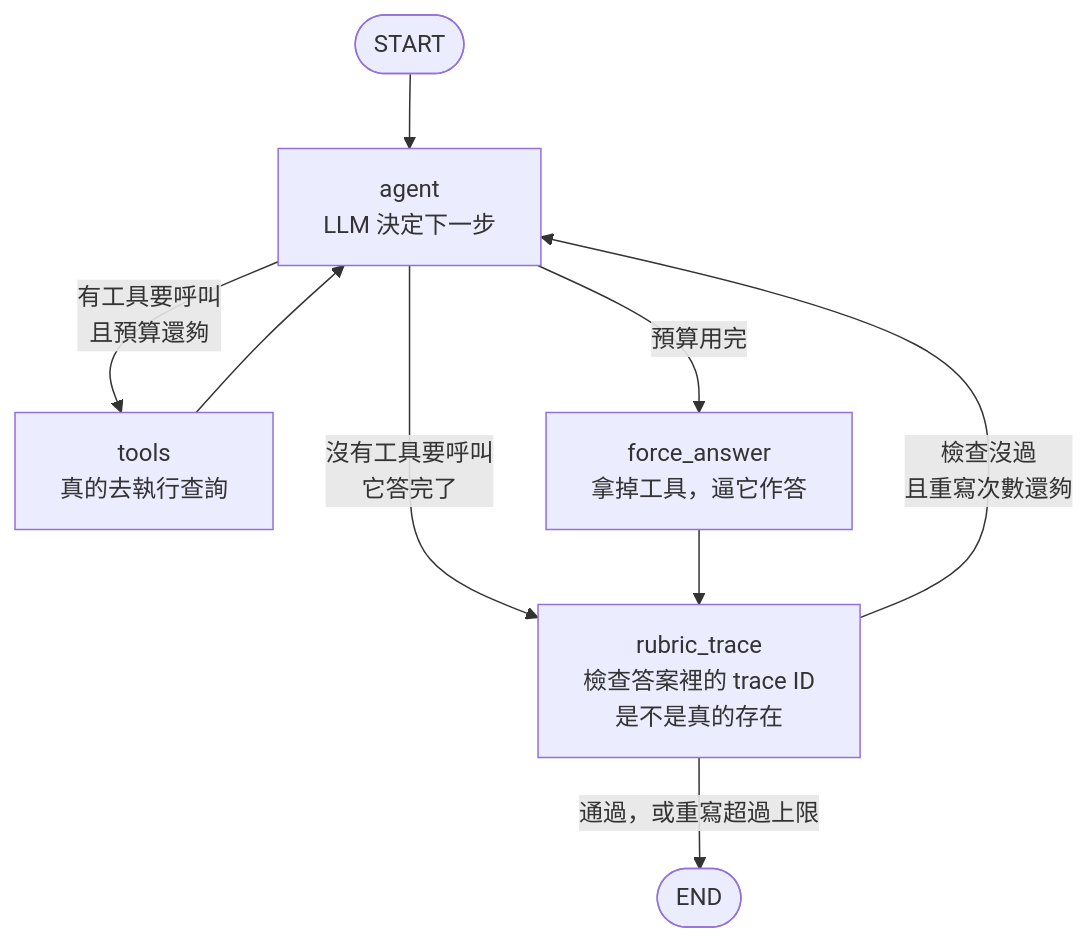
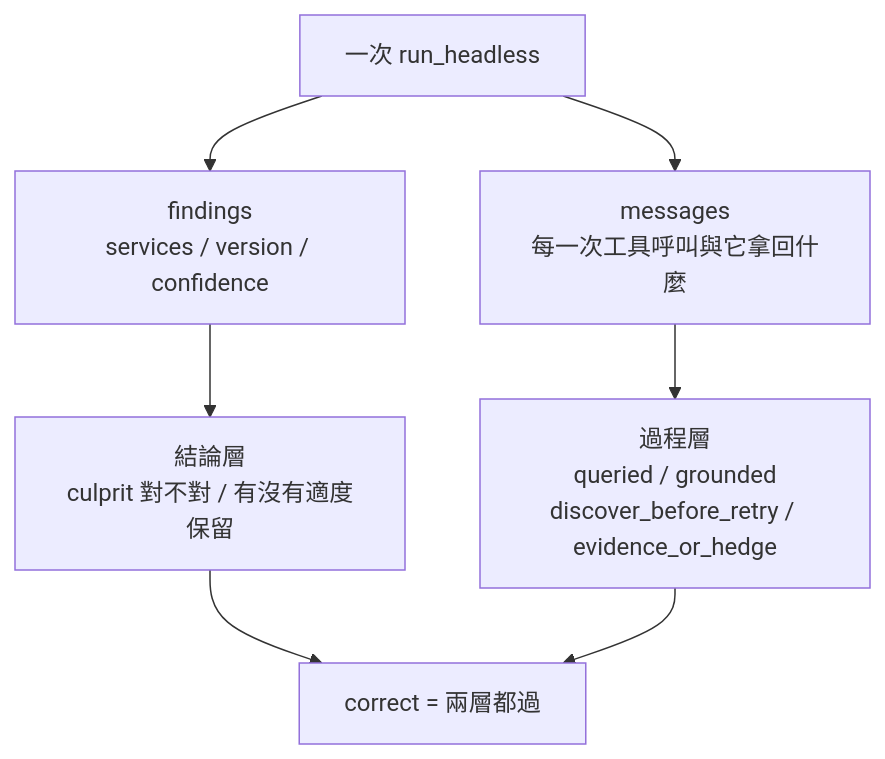
One commit to tedmax100/o11y-bench changed the second of 3 diagrams in weaver-demo/ironman-2026/day22.md. Above: the diagram before and after it, drawn with Mermaid. The commit also changed other lines of this file and 29 other files, not shown here.

````diff
--- a/weaver-demo/ironman-2026/day22.md
+++ b/weaver-demo/ironman-2026/day22.md
@@ -129,11 +156,9 @@
 ```mermaid
 flowchart TB
-    START(["START"]) --> AG["agent<br/>LLM 決定下一步"]
-    AG -->|"有工具要呼叫<br/>且預算還夠"| TL["tools<br/>真的去執行查詢"]
-    TL --> AG
-    AG -->|"預算用完"| FA["force_answer<br/>拿掉工具，逼它作答"]
-    AG -->|"沒有工具要呼叫<br/>它答完了"| RB["rubric_trace<br/>檢查答案裡的 trace ID<br/>是不是真的存在"]
-    FA --> RB
-    RB -->|"檢查沒過<br/>且重寫次數還夠"| AG
-    RB -->|"通過，或重寫超過上限"| E(["END"])
+    R["一次 run_headless"] --> F["findings<br/>services / version / confidence"]
+    R --> T["messages<br/>每一次工具呼叫與它拿回什麼"]
+    F --> V["結論層<br/>culprit 對不對 / 有沒有適度保留"]
+    T --> P["過程層<br/>queried / grounded<br/>discover_before_retry / evidence_or_hedge"]
+    V --> S["correct = 兩層都過"]
+    P --> S
 ```
````
